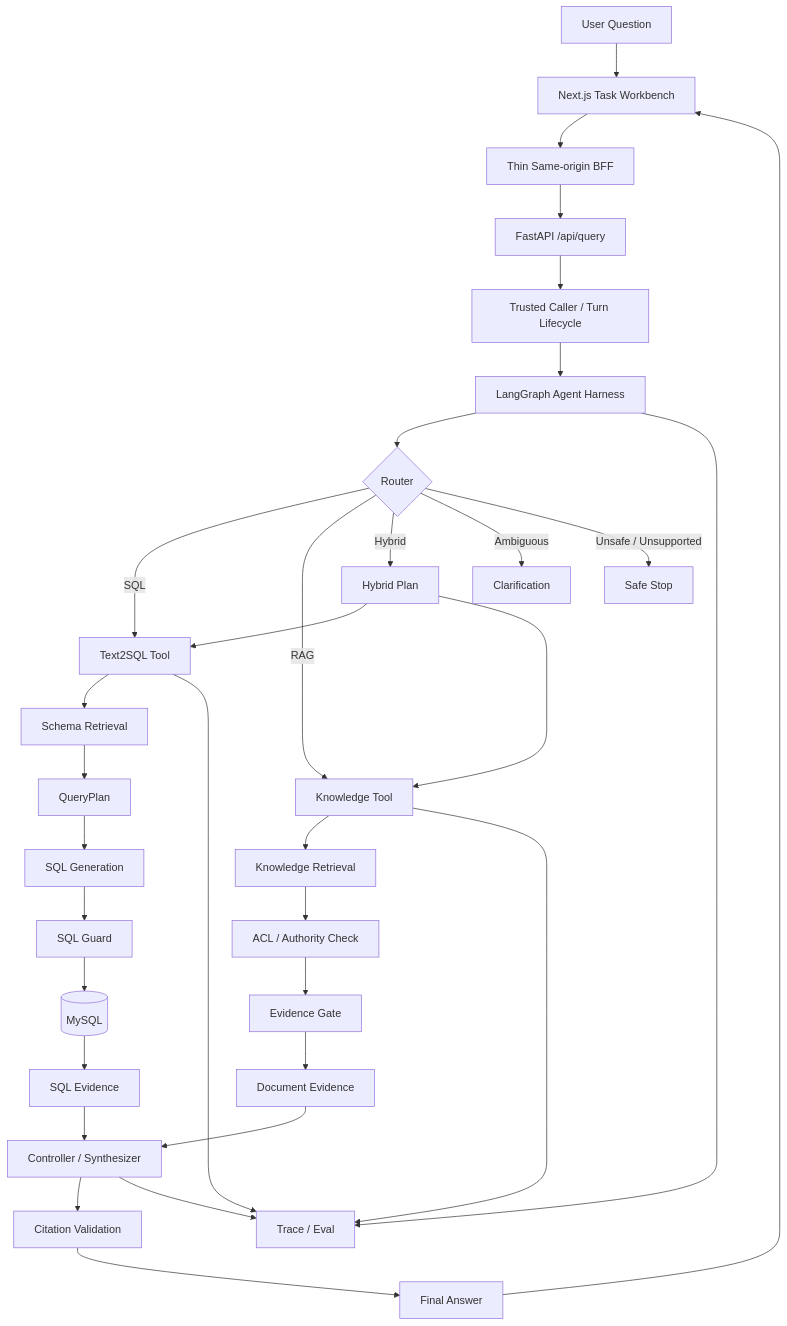
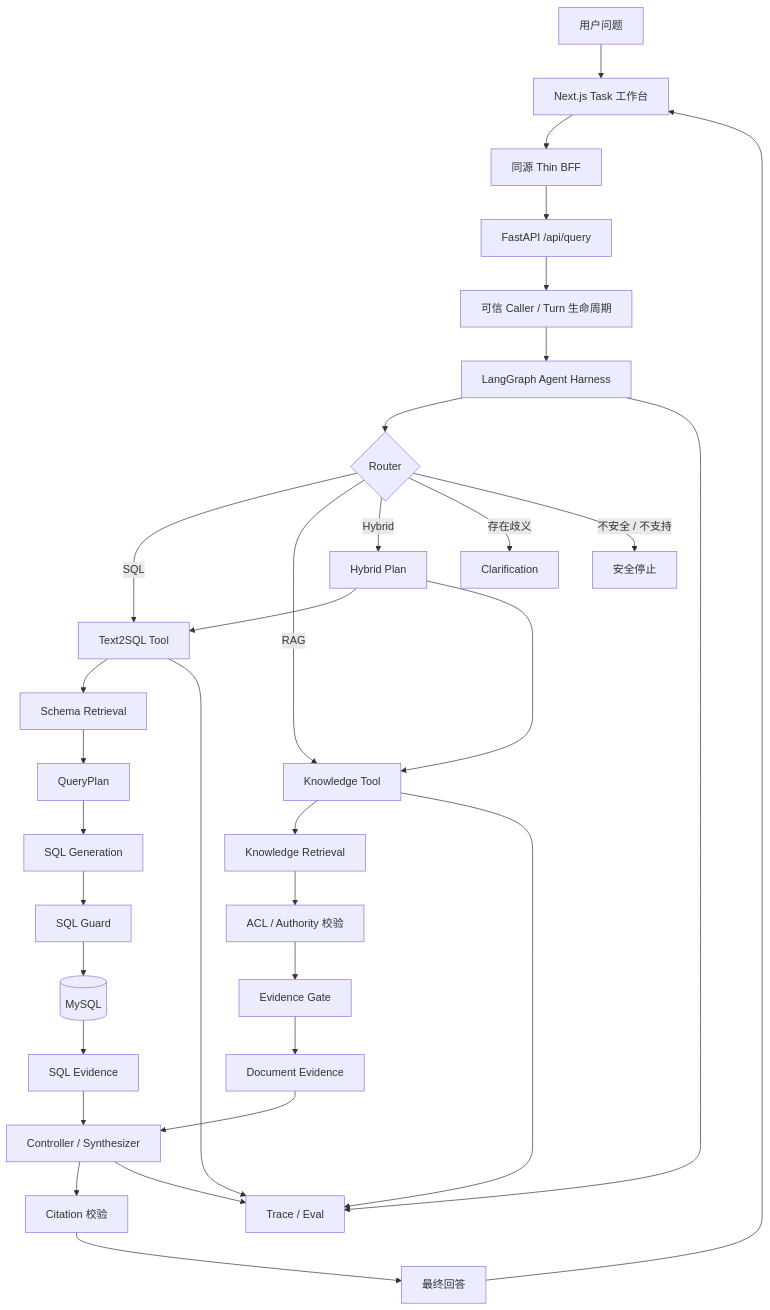
Before and after one commit to Stephen2366/data-pilot: the diagram in README.md, drawn with Mermaid. The commit also changed other lines of this file and 7 other files, not shown here.

````diff
--- a/README.md
+++ b/README.md
@@ -74,44 +63,44 @@
 ```mermaid
 flowchart TD
-    U[User Question] --> WEB[Next.js Task Workbench]
-    WEB --> BFF[Thin Same-origin BFF]
+    U[用户问题] --> WEB[Next.js Task 工作台]
+    WEB --> BFF[同源 Thin BFF]
     BFF --> API[FastAPI /api/query]
 
-    API --> C[Trusted Caller / Turn Lifecycle]
+    API --> C[可信 Caller / Turn 生命周期]
     C --> G[LangGraph Agent Harness]
 
     G --> R{Router}
 
     R -->|SQL| ST[Text2SQL Tool]
     R -->|RAG| KT[Knowledge Tool]
     R -->|Hybrid| HT[Hybrid Plan]
-    R -->|Ambiguous| CL[Clarification]
-    R -->|Unsafe / Unsupported| STOP[Safe Stop]
+    R -->|存在歧义| CL[Clarification]
+    R -->|不安全 / 不支持| STOP[安全停止]
 
     ST --> SR[Schema Retrieval]
     SR --> QP[QueryPlan]
     QP --> SG[SQL Generation]
     SG --> GUARD[SQL Guard]
     GUARD --> DB[(MySQL)]
     DB --> SE[SQL Evidence]
 
     KT --> KR[Knowledge Retrieval]
-    KR --> ACL[ACL / Authority Check]
+    KR --> ACL[ACL / Authority 校验]
     ACL --> EG[Evidence Gate]
     EG --> DE[Document Evidence]
 
     HT --> ST
     HT --> KT
 
     SE --> CTRL[Controller / Synthesizer]
     DE --> CTRL
 
-    CTRL --> CV[Citation Validation]
-    CV --> A[Final Answer]
+    CTRL --> CV[Citation 校验]
+    CV --> A[最终回答]
     A --> WEB
 
     G --> TRACE[Trace / Eval]
     ST --> TRACE
     KT --> TRACE
     CTRL --> TRACE
 ```
````
